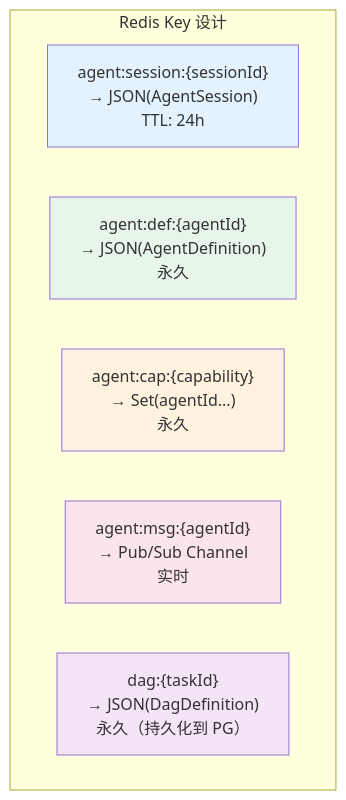
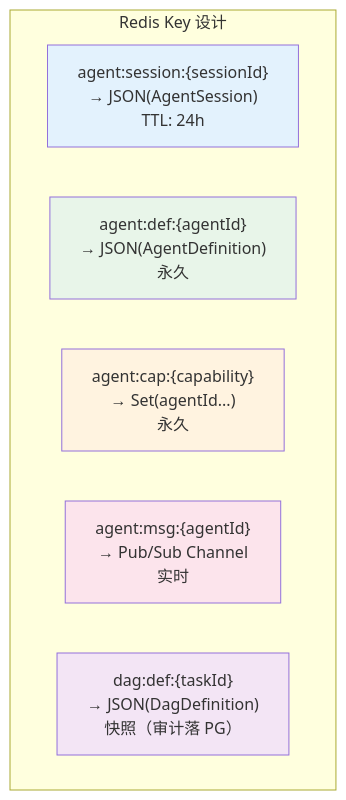
The eighth of 12 diagrams in docs/项目/02-多Agent协作平台/05-核心代码讲解.md (UranusGit/java-agent-learn), drawn with Mermaid before and after one commit. The commit also changed other lines of this file and 206 other files, not shown here.

````diff
--- a/docs/项目/02-多Agent协作平台/05-核心代码讲解.md
+++ b/docs/项目/02-多Agent协作平台/05-核心代码讲解.md
@@ -567,16 +731,16 @@
 ```mermaid
 graph TB
     subgraph RedisKey设计["Redis Key 设计"]
         K1["agent:session:{sessionId}<br/>→ JSON(AgentSession)<br/>TTL: 24h"]
         K2["agent:def:{agentId}<br/>→ JSON(AgentDefinition)<br/>永久"]
         K3["agent:cap:{capability}<br/>→ Set(agentId...)<br/>永久"]
         K4["agent:msg:{agentId}<br/>→ Pub/Sub Channel<br/>实时"]
-        K5["dag:{taskId}<br/>→ JSON(DagDefinition)<br/>永久（持久化到 PG）"]
+        K5["dag:def:{taskId}<br/>→ JSON(DagDefinition)<br/>快照（审计落 PG）"]
     end
 
     style K1 fill:#e3f2fd
     style K2 fill:#e8f5e9
     style K3 fill:#fff3e0
     style K4 fill:#fce4ec
     style K5 fill:#f3e5f5
 ```
````
